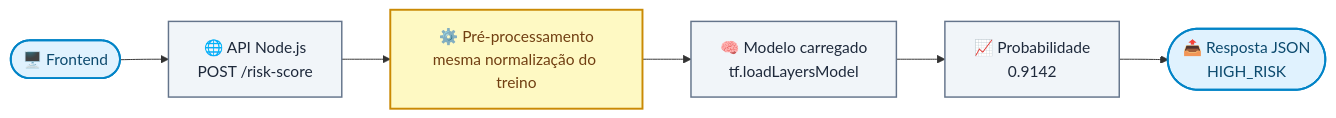
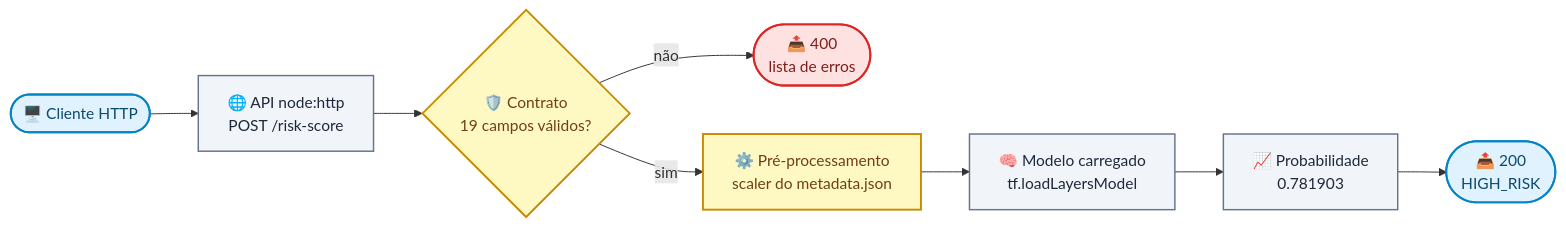
One commit to Felps03/tfjs-credit-risk-classifier changed the second of 2 diagrams in README.md. Above: the diagram before and after it, drawn with Mermaid. The commit also changed other lines of this file and 21 other files, not shown here.

````diff
--- a/README.md
+++ b/README.md
@@ -299,16 +344,20 @@
 ```mermaid
 flowchart LR
-    A(["🖥️ Frontend"]) --> B["🌐 API Node.js<br/>POST /risk-score"]
-    B --> C["⚙️ Pré-processamento<br/>mesma normalização do treino"]
+    A(["🖥️ Cliente HTTP"]) --> B["🌐 API node:http<br/>POST /risk-score"]
+    B --> V{"🛡️ Contrato<br/>19 campos válidos?"}
+    V -->|"não"| X(["📤 400<br/>lista de erros"])
+    V -->|"sim"| C["⚙️ Pré-processamento<br/>scaler do metadata.json"]
     C --> D["🧠 Modelo carregado<br/>tf.loadLayersModel"]
-    D --> E["📈 Probabilidade<br/>0.9142"]
-    E --> F(["📤 Resposta JSON<br/>HIGH_RISK"])
+    D --> E["📈 Probabilidade<br/>0.781903"]
+    E --> F(["📤 200<br/>HIGH_RISK"])
 
     classDef edge fill:#e0f2fe,stroke:#0284c7,stroke-width:2px,color:#0c4a6e
     classDef step fill:#f1f5f9,stroke:#64748b,stroke-width:1.5px,color:#1e293b
     classDef key  fill:#fef9c3,stroke:#ca8a04,stroke-width:2px,color:#713f12
+    classDef bad  fill:#fee2e2,stroke:#dc2626,stroke-width:2px,color:#7f1d1d
 
     class A,F edge
     class B,D,E step
-    class C key
+    class C,V key
+    class X bad
 ```
````
